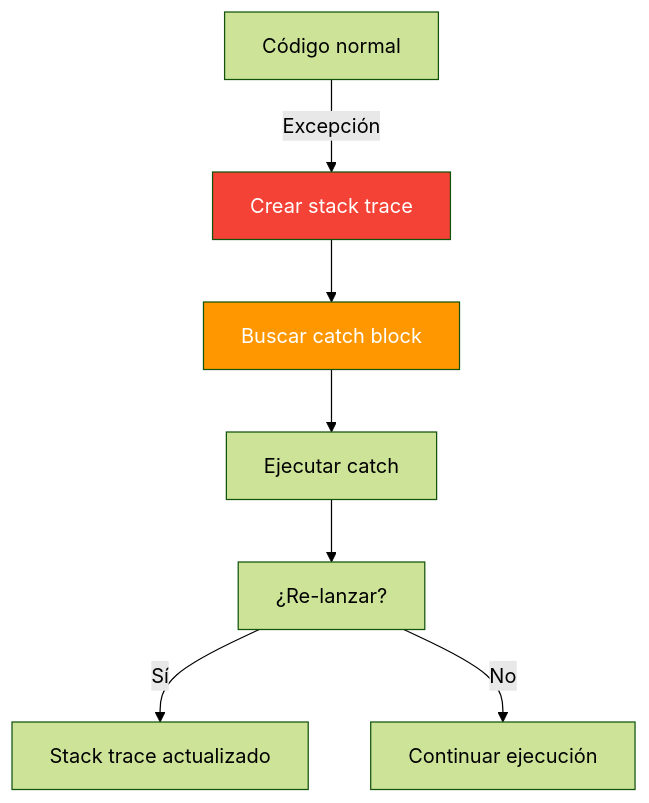
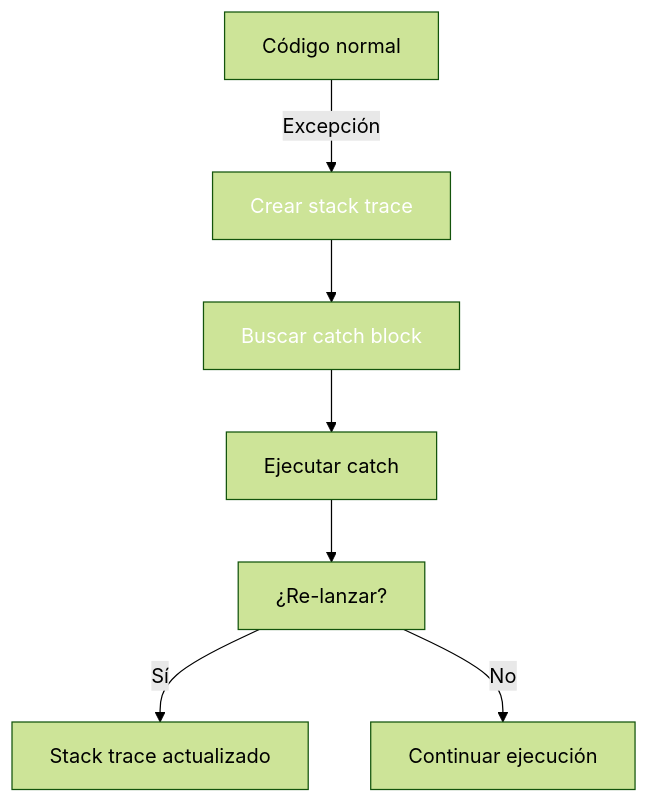
The second of 4 diagrams in 07-excepciones-patron-result.md (joseluisgs/DesarrolloWebEntornosServidor-02-2026-2027), drawn with Mermaid (forest theme) before and after one commit. The commit also changed other lines of this file and 41 other files, not shown here.

````diff
--- a/07-excepciones-patron-result.md
+++ b/07-excepciones-patron-result.md
@@ -167,12 +167,12 @@
 ```mermaid
 flowchart TD
     A["Código normal"] -->|Excepción| B["Crear stack trace"]
     B --> C["Buscar catch block"]
     C --> D["Ejecutar catch"]
     D --> E["¿Re-lanzar?"]
     E -->|Sí| F["Stack trace actualizado"]
     E -->|No| G["Continuar ejecución"]
 
-    style B fill:#f44336,color:#fff
-    style C fill:#FF9800,color:#fff
+    style B fill:#f4433,color:#fff6,color:#fff
+    style C fill:#FF980,color:#fff0,color:#fff
 ```
````
